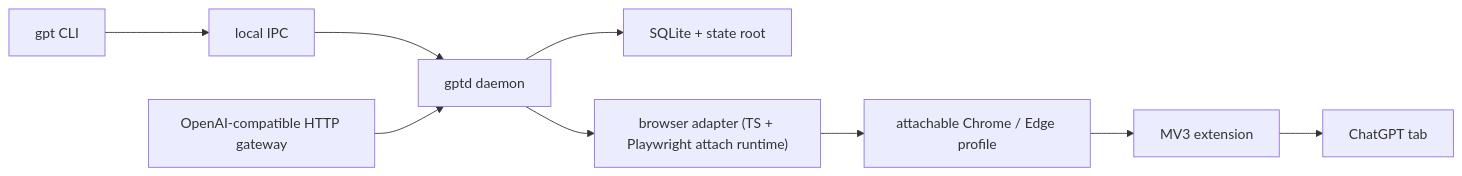
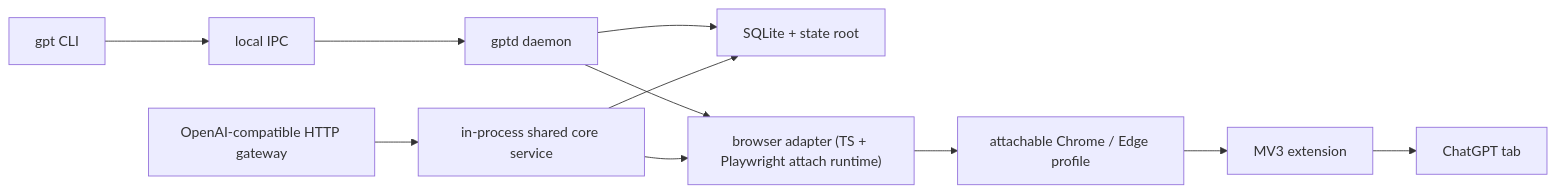
Before and after one commit to KeelMatrix/tablinq: the diagram in README.md, drawn with Mermaid. The commit also changed 1 other file, not shown here.

Commit message:
docs: refresh architecture and CI guidance

````diff
--- a/README.md
+++ b/README.md
@@ -202,11 +202,13 @@
 ```mermaid
 flowchart LR
     CLI["gpt CLI"] --> IPC["local IPC"]
     IPC --> Daemon["gptd daemon"]
     Daemon --> DB["SQLite + state root"]
     Daemon --> Adapter["browser adapter (TS + Playwright attach runtime)"]
+    Gateway["OpenAI-compatible HTTP gateway"] --> GatewayCore["in-process shared core service"]
+    GatewayCore --> DB
+    GatewayCore --> Adapter
     Adapter --> Browser["attachable Chrome / Edge profile"]
     Browser --> Extension["MV3 extension"]
     Extension --> Page["ChatGPT tab"]
-    Gateway["OpenAI-compatible HTTP gateway"] --> Daemon
 ```
````
